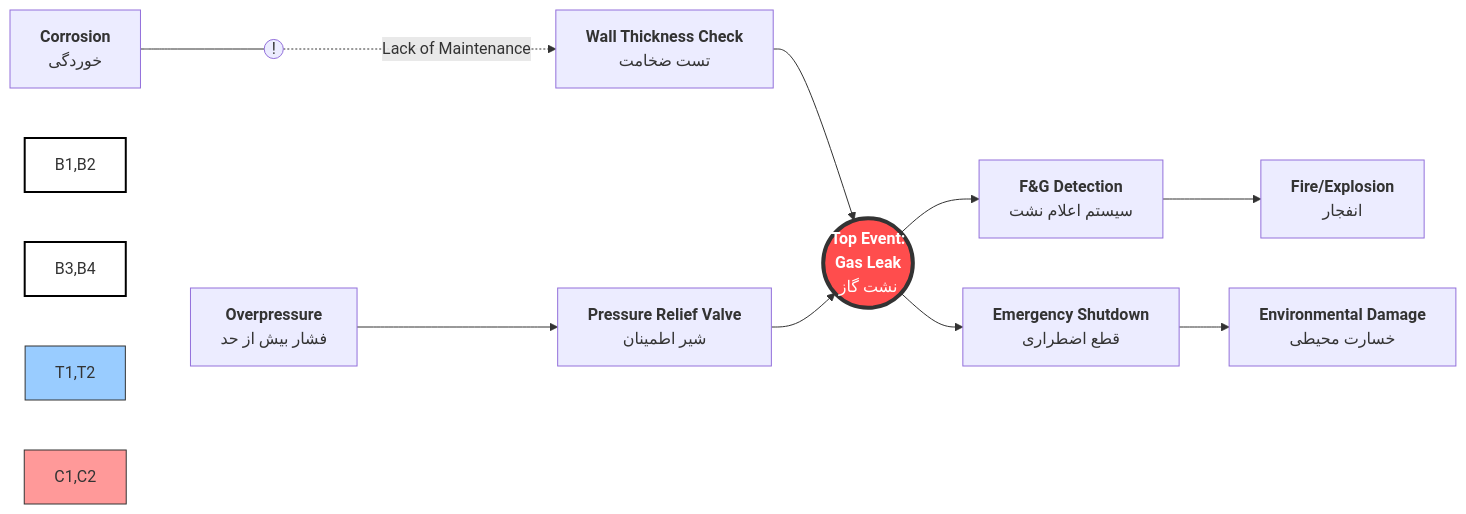
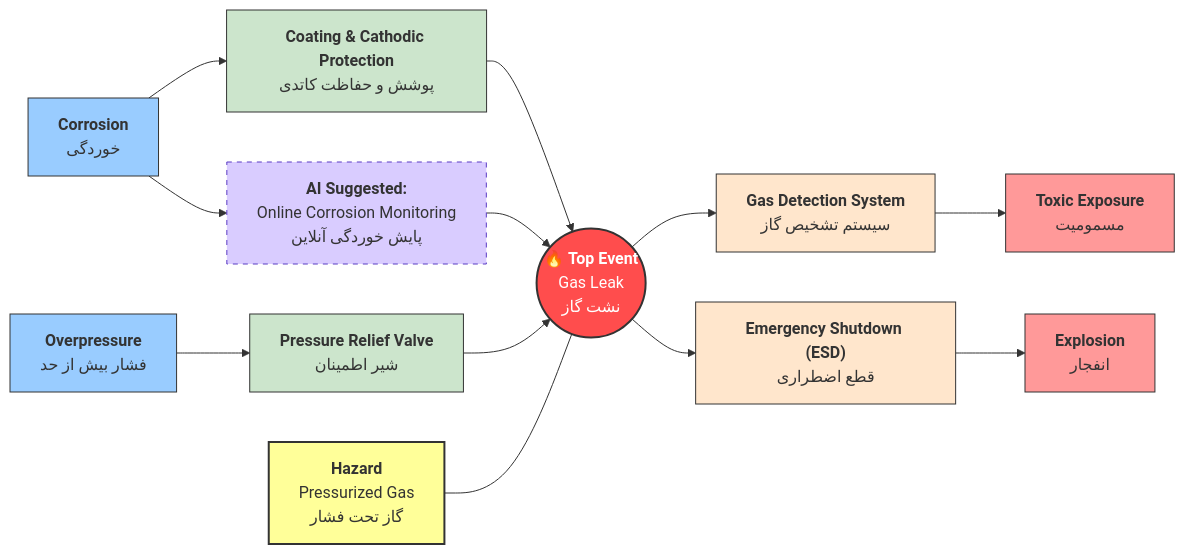
Before and after one commit to MohammadReza-B/hadisadoghiyazdi1971.github.io: the diagram in presentation/bowtie.md, drawn with Mermaid. The commit also changed other lines of this file, not shown here.

````diff
--- a/presentation/bowtie.md
+++ b/presentation/bowtie.md
@@ -93,27 +91,24 @@
 ```mermaid
-graph LR
-    %% تهدیدها و عوامل تشدید کننده
-    T1[<b>Corrosion</b><br/>خوردگی] --- EF1((!))
-    EF1 -.->|Lack of Maintenance| B1
-    B1[<b>Wall Thickness Check</b><br/>تست ضخامت] --> TE
+flowchart LR
+    C1["<b>Corrosion</b><br>خوردگی"] --> PB1["<b>Coating &amp; Cathodic Protection</b><br>پوشش و حفاظت کاتدی"] & AI_PB3["<b>AI Suggested:</b><br>Online Corrosion Monitoring<br>پایش خوردگی آنلاین"]
+    PB1 --> TE(("🔥 <b>Top Event</b><br>Gas Leak<br>نشت گاز"))
+    AI_PB3 --> TE
+    C2["<b>Overpressure</b><br>فشار بیش از حد"] --> PB2["<b>Pressure Relief Valve</b><br>شیر اطمینان"]
+    PB2 --> TE
+    TE --> MB1["<b>Gas Detection System</b><br>سیستم تشخیص گاز"] & MB2["<b>Emergency Shutdown (ESD)</b><br>قطع اضطراری"]
+    MB1 --> CO2["<b>Toxic Exposure</b><br>مسمومیت"]
+    MB2 --> CO1["<b>Explosion</b><br>انفجار"]
+    H["<b>Hazard</b><br>Pressurized Gas<br>گاز تحت فشار"] --- TE
 
-    T2[<b>Overpressure</b><br/>فشار بیش از حد] --> B2[<b>Pressure Relief Valve</b><br/>شیر اطمینان]
-    B2 --> TE
-
-    %% مرکز
-    TE((<b>Top Event:<br/>Gas Leak</b><br/>نشت گاز))
-
-    %% پیامدها و لایه‌های حفاظتی
-    TE --> B3[<b>F&G Detection</b><br/>سیستم اعلام نشت]
-    B3 --> C1[<b>Fire/Explosion</b><br/>انفجار]
-
-    TE --> B4[<b>Emergency Shutdown</b><br/>قطع اضطراری]
-    B4 --> C2[<b>Environmental Damage</b><br/>خسارت محیطی]
-
-    %% استایل دهی حرفه‌ای
-    style TE fill:#ff4d4d,stroke:#333,stroke-width:4px,color:#fff
-    style B1,B2 fill:#fff,stroke:#000,stroke-width:2px
-    style B3,B4 fill:#fff,stroke:#000,stroke-width:2px
-    style T1,T2 fill:#99ccff,stroke:#333
-    style C1,C2 fill:#ff9999,stroke:#333
+    style C1 fill:#99ccff,stroke:#333
+    style C2 fill:#99ccff,stroke:#333
+    style PB1 fill:#cce5cc,stroke:#333
+    style PB2 fill:#cce5cc,stroke:#333
+    style AI_PB3 fill:#d9ccff,stroke:#5b3cc4,stroke-dasharray:5 5
+    style TE fill:#ff4d4d,stroke:#333,stroke-width:2px,color:#fff
+    style MB1 fill:#ffe6cc,stroke:#333
+    style MB2 fill:#ffe6cc,stroke:#333
+    style CO1 fill:#ff9999,stroke:#333
+    style CO2 fill:#ff9999,stroke:#333
+    style H fill:#ffff99,stroke:#333,stroke-width:2px
 ```
````
